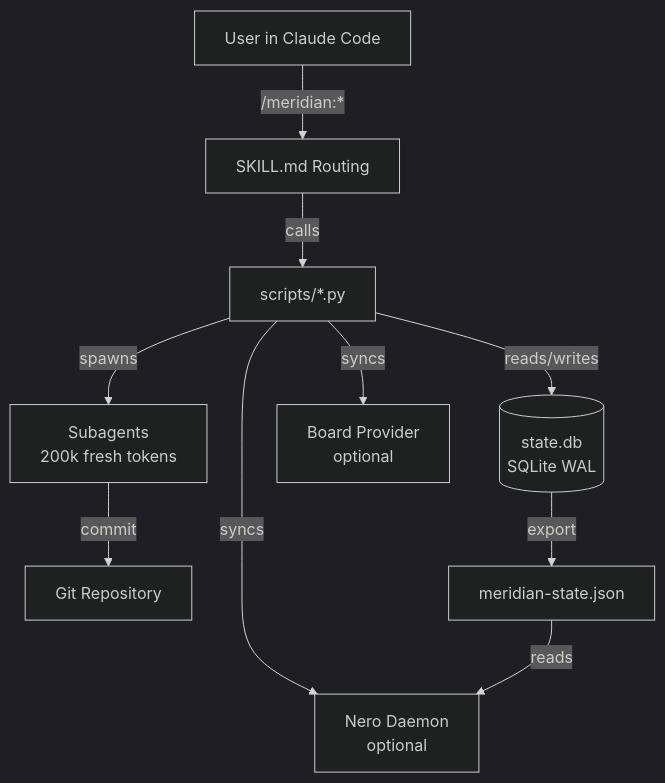
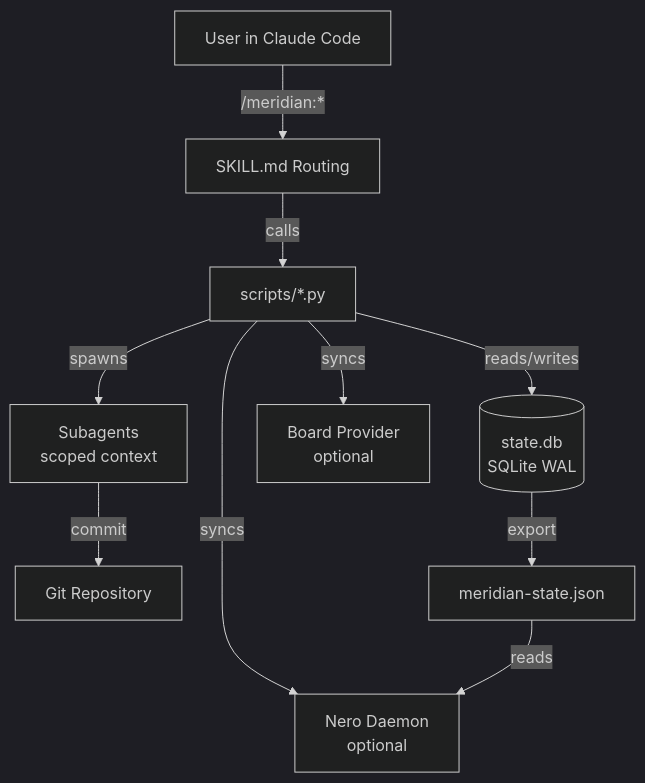
The first of 9 diagrams in docs/architecture.md (mattjaikaran/meridian), drawn with Mermaid (dark theme) before and after one commit. The commit also changed other lines of this file and 5 other files, not shown here.

First line of the commit message:
docs: reframe subagents as context-efficient by design

````diff
--- a/docs/architecture.md
+++ b/docs/architecture.md
@@ -15,12 +15,12 @@
 ```mermaid
 graph TB
     User[User in Claude Code] -->|/meridian:*| Skills[SKILL.md Routing]
     Skills -->|calls| Scripts[scripts/*.py]
     Scripts -->|reads/writes| DB[(state.db<br>SQLite WAL)]
-    Scripts -->|spawns| Agents[Subagents<br>200k fresh tokens]
+    Scripts -->|spawns| Agents[Subagents<br>scoped context]
     Scripts -->|syncs| Nero[Nero Daemon<br>optional]
     Scripts -->|syncs| Board[Board Provider<br>optional]
     Agents -->|commit| Git[Git Repository]
     DB -->|export| JSON[meridian-state.json]
     JSON -->|reads| Nero
 ```
````
